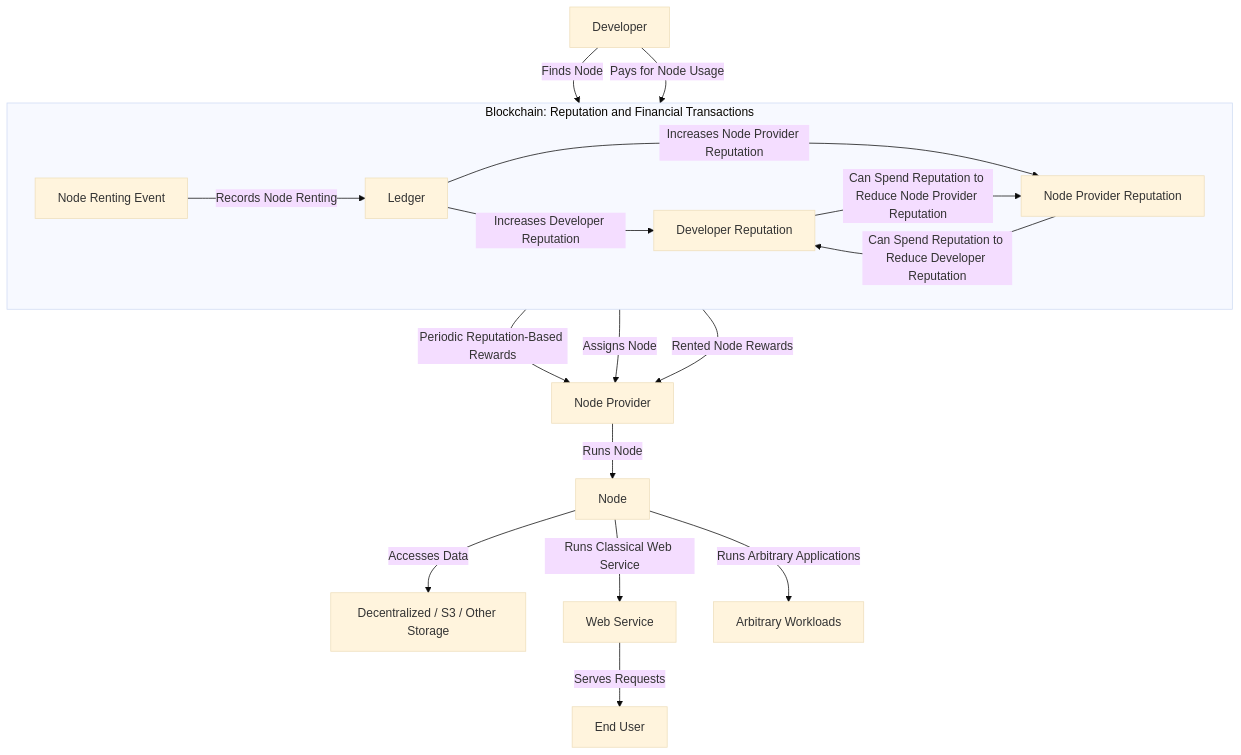
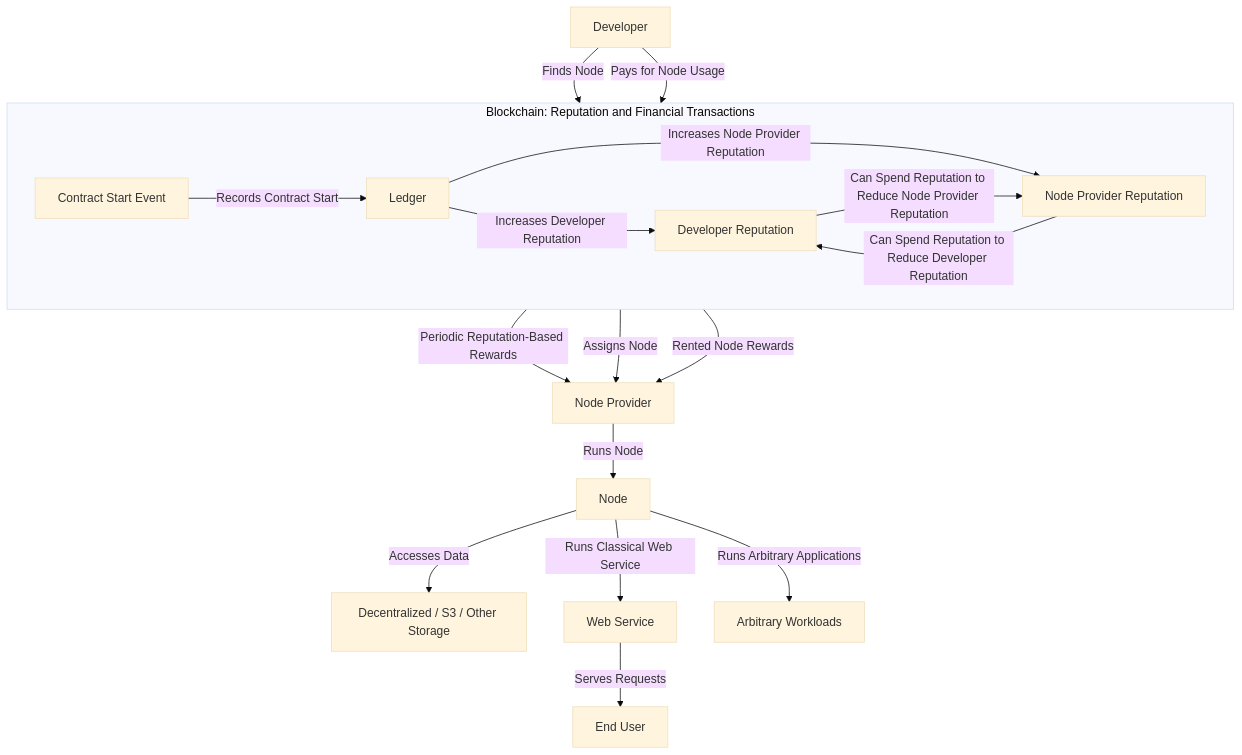
Before and after one commit to decent-stuff/decent-cloud: the diagram in docs/whitepaper/figures/proposed_architecture.mmd, drawn with Mermaid (base theme). The commit also changed 13 other files, not shown here.

```diff
--- a/docs/whitepaper/figures/proposed_architecture.mmd
+++ b/docs/whitepaper/figures/proposed_architecture.mmd
@@ -1,20 +1,20 @@
 graph TB
   D["Developer"] -- "Finds Node" --> BC["Blockchain"]
   D -- "Pays for Node Usage" --> BC
   NP["Node Provider"] -- "Runs Node" --> N["Node"]
   N -- "Accesses Data" --> DS["Decentralized / S3 / Other Storage"]
   N -- "Runs Classical Web Service" --> WS["Web Service"]
   N -- "Runs Arbitrary Applications" --> WL["Arbitrary Workloads"]
   WS -- "Serves Requests" --> EU["End User"]
 
   subgraph BC["Blockchain: Reputation and Financial Transactions"]
-    LE["Node Renting Event"] -- "Records Node Renting" --> Ledger
+    LE["Contract Start Event"] -- "Records Contract Start" --> Ledger
     Ledger -- "Increases Developer Reputation" --> DREP["Developer Reputation"]
     Ledger -- "Increases Node Provider Reputation" --> NREP["Node Provider Reputation"]
     DREP -- "Can Spend Reputation to Reduce Node Provider Reputation" --> NREP
     NREP -- "Can Spend Reputation to Reduce Developer Reputation" --> DREP
   end
 
   BC -- "Periodic Reputation-Based Rewards" --> NP
   BC -- "Assigns Node" --> NP
   BC -- "Rented Node Rewards" --> NP
```
